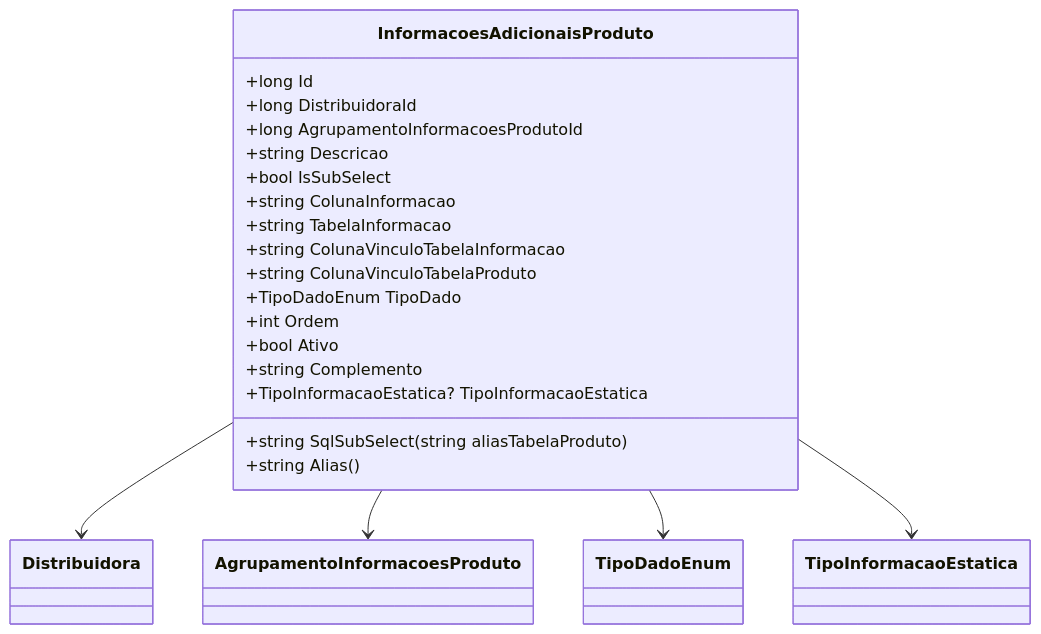
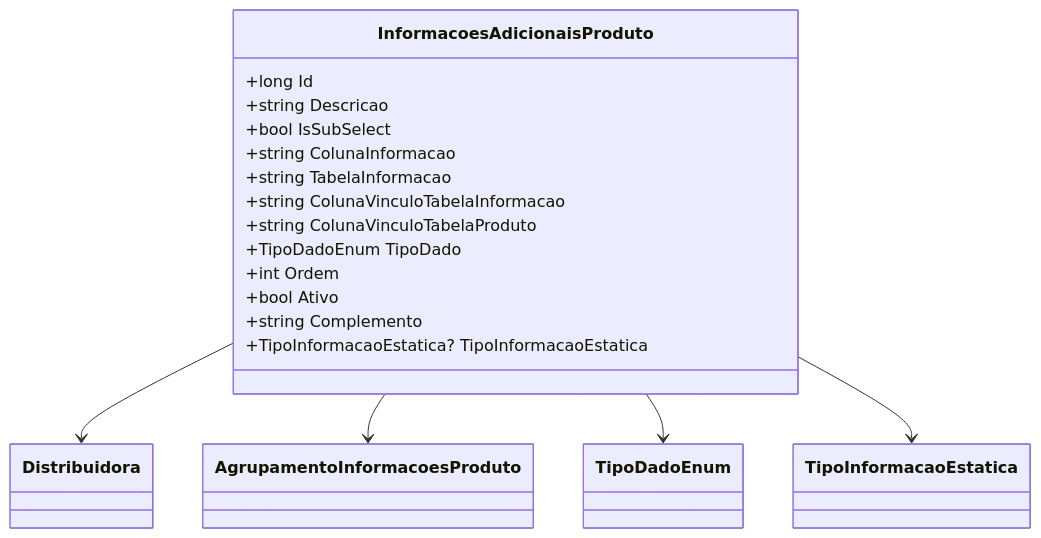
One commit to IsthmusSistemas/documentacao-tecnica changed the second of 2 diagrams in docs/b2b-dominio/IsthmusWinthor.Nucleo/IsthmusWinthor.Dominio/Entidades/InformacoesAdicionaisProduto.md. Above: the diagram before and after it, drawn with Mermaid. The commit also changed other lines of this file and 882 other files, not shown here.

````diff
--- a/docs/b2b-dominio/IsthmusWinthor.Nucleo/IsthmusWinthor.Dominio/Entidades/InformacoesAdicionaisProduto.md
+++ b/docs/b2b-dominio/IsthmusWinthor.Nucleo/IsthmusWinthor.Dominio/Entidades/InformacoesAdicionaisProduto.md
@@ -47,25 +45,27 @@
 ```mermaid
 classDiagram
     class InformacoesAdicionaisProduto {
         +long Id
-        +long DistribuidoraId
-        +long AgrupamentoInformacoesProdutoId
         +string Descricao
         +bool IsSubSelect
         +string ColunaInformacao
         +string TabelaInformacao
         +string ColunaVinculoTabelaInformacao
         +string ColunaVinculoTabelaProduto
         +TipoDadoEnum TipoDado
         +int Ordem
         +bool Ativo
         +string Complemento
         +TipoInformacaoEstatica? TipoInformacaoEstatica
-        +string SqlSubSelect(string aliasTabelaProduto)
-        +string Alias()
     }
+    
+    class Distribuidora
+    class AgrupamentoInformacoesProduto
+    class TipoDadoEnum
+    class TipoInformacaoEstatica
+
     InformacoesAdicionaisProduto --> Distribuidora
     InformacoesAdicionaisProduto --> AgrupamentoInformacoesProduto
     InformacoesAdicionaisProduto --> TipoDadoEnum
     InformacoesAdicionaisProduto --> TipoInformacaoEstatica
 ```
````
